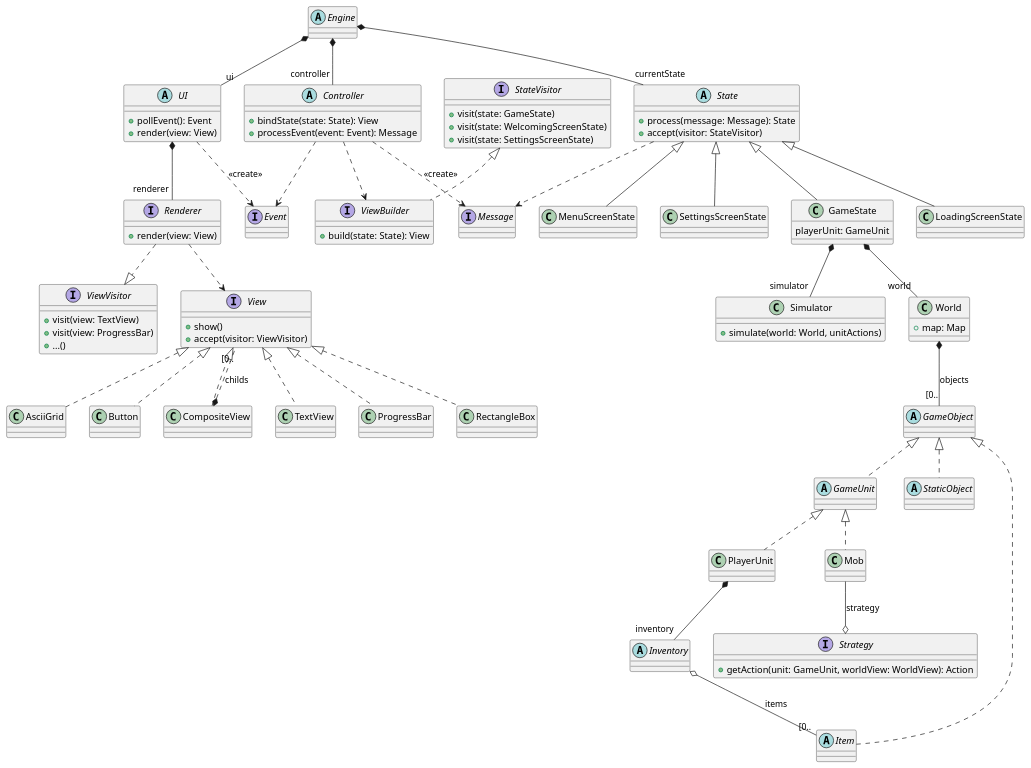
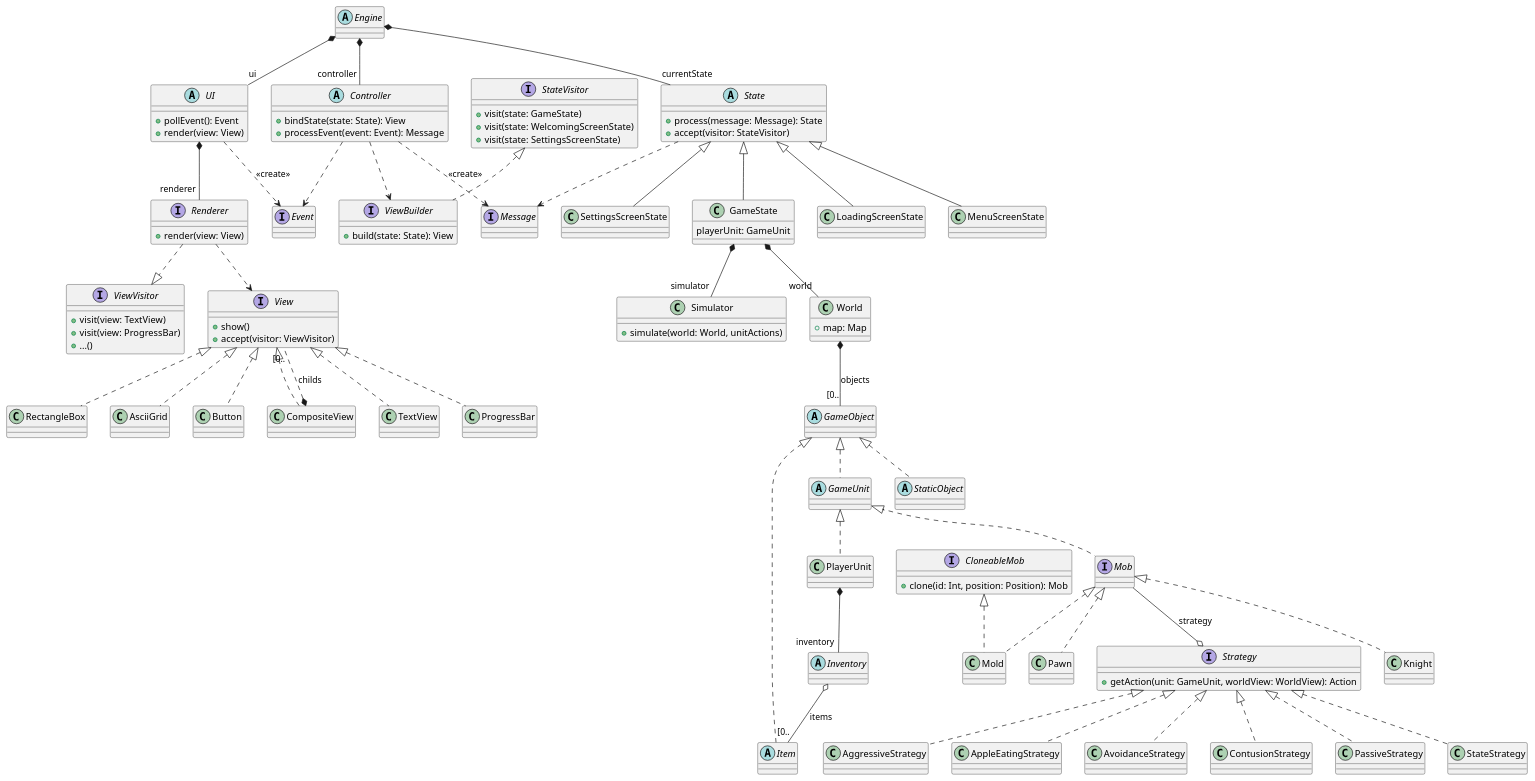
Before and after one commit to Lana243/roguelike: the diagram in docs/data/roguelike-class-diagram.puml, drawn with PlantUML. The commit also changed 3 other files, not shown here.

```diff
--- a/docs/data/roguelike-class-diagram.puml
+++ b/docs/data/roguelike-class-diagram.puml
@@ -1,160 +1,195 @@
 @startuml
 'https://plantuml.com/class-diagram
 
 abstract class Engine
 
 abstract class UI {
     + pollEvent(): Event
     + render(view: View)
 }
 
 abstract class Controller {
     + bindState(state: State): View
     + processEvent(event: Event): Message
 }
 
 Engine *-- "controller" Controller
 Engine *-- "ui" UI
 
 class Simulator {
     + simulate(world: World, unitActions)
 }
 
 interface Strategy {
     + getAction(unit: GameUnit, worldView: WorldView): Action
 }
 
+class AggressiveStrategy
+Strategy <|.. AggressiveStrategy
+
+class AppleEatingStrategy
+Strategy <|.. AppleEatingStrategy
+
+class AvoidanceStrategy
+Strategy <|.. AvoidanceStrategy
+
+class ContusionStrategy
+Strategy <|.. ContusionStrategy
+
+class PassiveStrategy
+Strategy <|.. PassiveStrategy
+
+class StateStrategy
+Strategy <|.. StateStrategy
+
 class World {
     + map: Map
 }
 
 abstract class GameObject
 
 abstract class GameUnit
 
-class Mob
+interface Mob
 
 GameUnit <|.. Mob
 GameUnit <|.. PlayerUnit
 
 Mob --o Strategy : "strategy"
+
+class Pawn
+Mob <|.. Pawn
+
+class Knight
+Mob <|.. Knight
+
+class Knight
+
+interface CloneableMob {
+    + clone(id: Int, position: Position): Mob
+}
+
+class Mold
+
+Mob <|.. Mold
+CloneableMob <|.. Mold
 
 abstract class StaticObject
 
 abstract class Item
 
 abstract class Inventory
 
 Inventory o-- "[0.." Item : "items"
 
 PlayerUnit *-- "inventory" Inventory
 
 GameObject <|.. GameUnit
 GameObject <|.. StaticObject
 GameObject <|.. Item
 
 interface Message
 
 Controller ..> Message : "<<create>>"
 State ..> Message
 
 
 interface Event
 
 Controller ..> Event
 UI ..> Event : "<<create>>"
 
 
 
 
 abstract class Controller
 
 Controller ..> ViewBuilder
 
 abstract class State {
     + process(message: Message): State
     + accept(visitor: StateVisitor)
 }
 
 class MenuScreenState
 
 class SettingsScreenState
 
 class GameState {
     playerUnit: GameUnit
 }
 
 class LoadingScreenState
 
 interface StateVisitor {
     + visit(state: GameState)
     + visit(state: WelcomingScreenState)
     + visit(state: SettingsScreenState)
 }
 
 
 GameState *-- "world" World
 GameState *-- "simulator" Simulator
 
 interface ViewBuilder {
     + build(state: State): View
 }
 
 
 StateVisitor <|.. ViewBuilder
 
 interface Renderer {
     + render(view: View)
 }
 
 interface ViewVisitor {
     + visit(view: TextView)
     + visit(view: ProgressBar)
     + ...()
 }
 
 interface View {
     + show()
     + accept(visitor: ViewVisitor)
 }
 
 class TextView
 
 class ProgressBar
 
 class RectangleBox
 
 class AsciiGrid
 
 class Button
 
 class CompositeView
 
 interface ViewBuilder
 
 Engine *-- "currentState" State
 
 State <|-- MenuScreenState
 State <|-- SettingsScreenState
 State <|-- GameState
 State <|-- LoadingScreenState
 
 View <|.. TextView
 View <|.. ProgressBar
 View <|.. RectangleBox
 View <|.. AsciiGrid
 View <|.. Button
 View <|.. CompositeView
 
 
 CompositeView *.. "[0.." View : "childs"
 
 Renderer ..|> ViewVisitor
 Renderer ..> View
 
 UI *-- "renderer" Renderer
 
 World *-- "[0.." GameObject : "objects"
 
 
 @enduml
```
